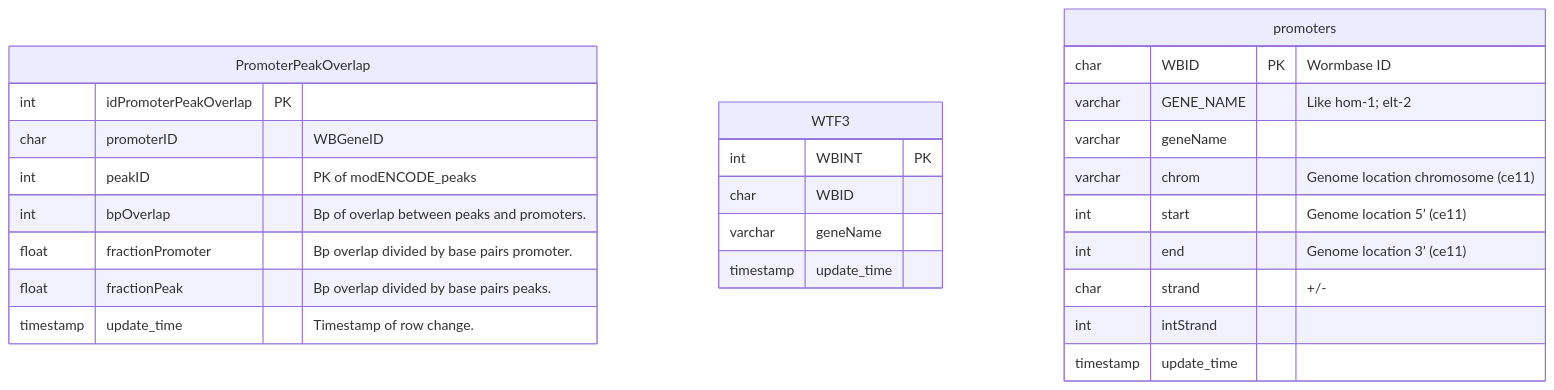
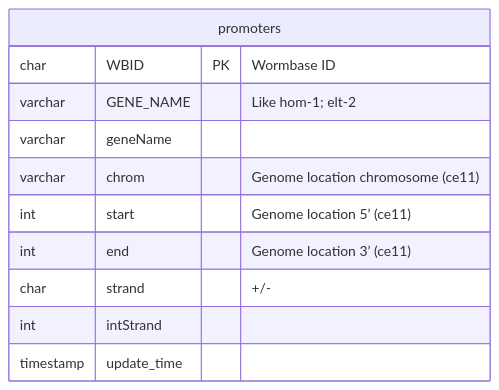
The fifth of 7 diagrams in README.md (meekrob/OnishRDB), drawn with Mermaid before and after one commit.

````diff
--- a/README.md
+++ b/README.md
@@ -297,33 +306,16 @@
 ```mermaid
 erDiagram
-
-PromoterPeakOverlap {
-int idPromoterPeakOverlap PK ""
-char promoterID  "WBGeneID"
-int peakID  "PK of modENCODE_peaks"
-int bpOverlap  "Bp of overlap between peaks and promoters."
-float fractionPromoter  "Bp overlap divided by base pairs promoter."
-float fractionPeak  "Bp overlap divided by base pairs peaks."
-timestamp update_time  "Timestamp of row change."
-}
-
-WTF3 {
-int WBINT PK
-char WBID 
-varchar geneName 
-timestamp update_time 
-}
 
 promoters {
 char WBID PK "Wormbase ID"
 varchar GENE_NAME  "Like hom-1; elt-2"
 varchar geneName  ""
 varchar chrom  "Genome location chromosome (ce11)"
 int start  "Genome location 5’  (ce11)"
 int end  "Genome location 3’ (ce11)"
 char strand  "+/-"
 int intStrand  ""
 timestamp update_time  ""
 }
 
 ```
````
